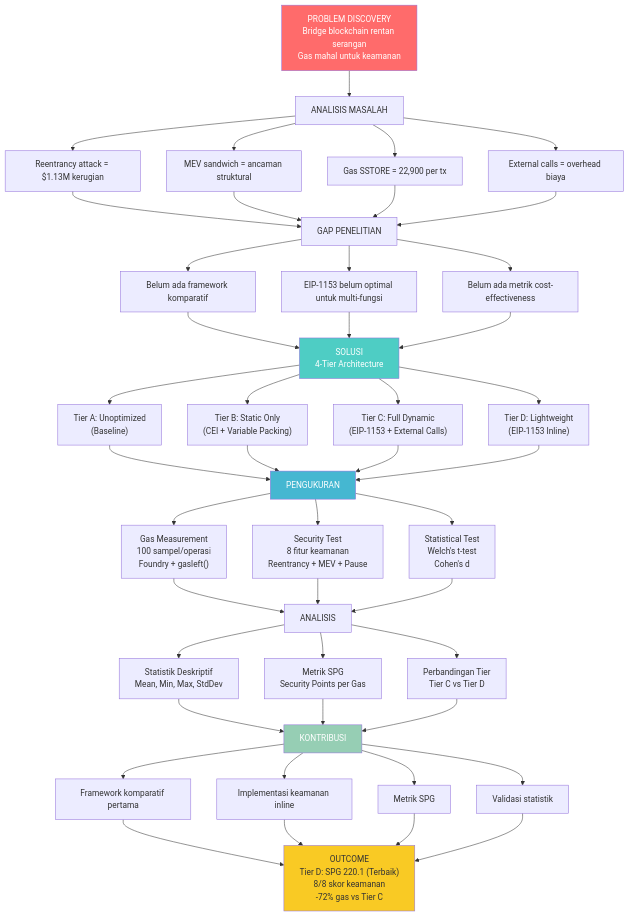
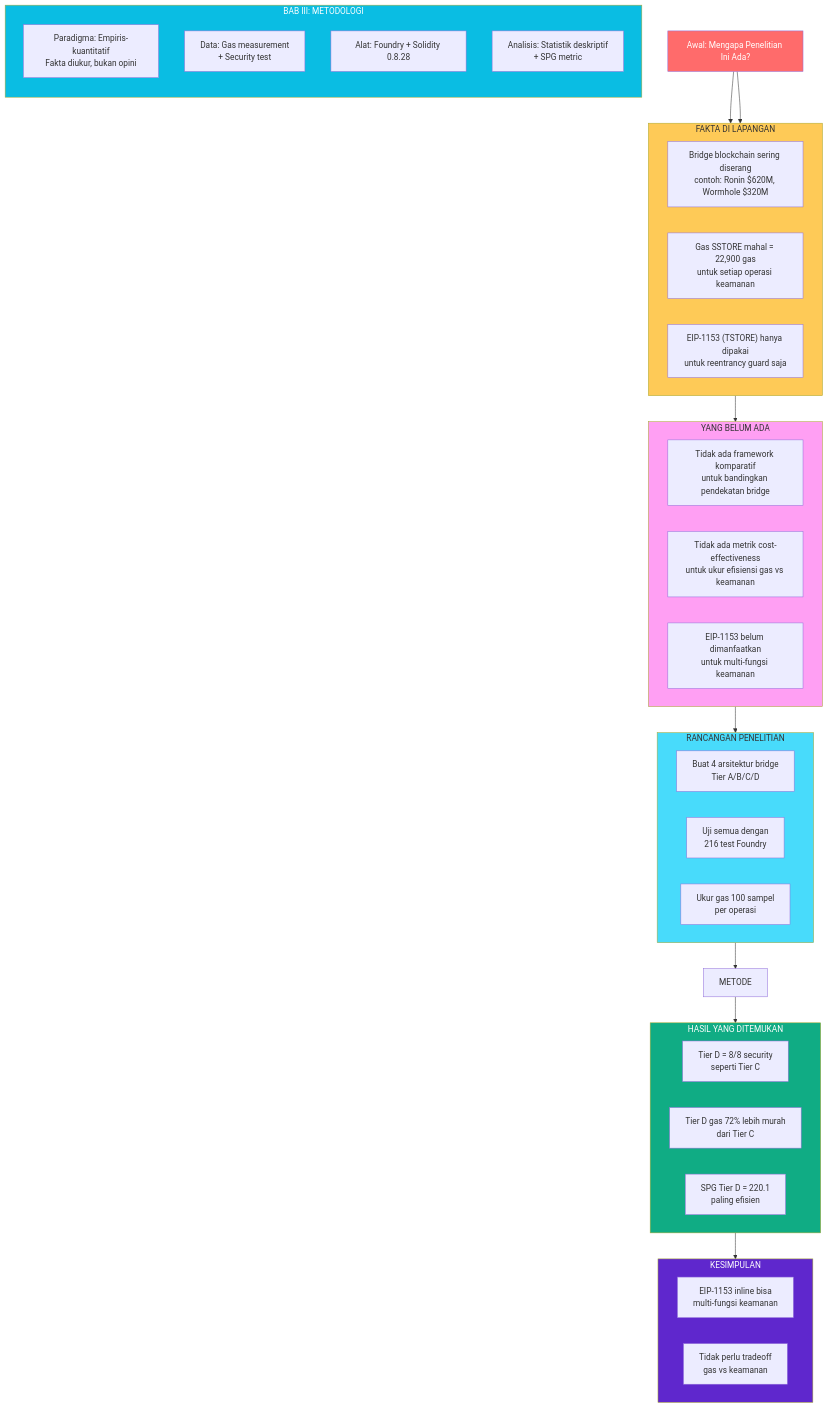
Before and after one commit to Zhee1112/SmartContract: the diagram in docs/sempro/MINDMAP_SEMPRO.md, drawn with Mermaid. The commit also changed other lines of this file and 2 other files, not shown here.

Commit message:
Rewrite mind maps: clearer structure with research flow explanation

````diff
--- a/docs/sempro/MINDMAP_SEMPRO.md
+++ b/docs/sempro/MINDMAP_SEMPRO.md
@@ -5,64 +5,60 @@
 ```mermaid
 graph TD
-    A["PROBLEM DISCOVERY<br/>Bridge blockchain rentan serangan<br/>Gas mahal untuk keamanan"] --> B["ANALISIS MASALAH"]
+    START["Awal: Mengapa Penelitian Ini Ada?"] --> MASALAH
     
-    B --> B1["Reentrancy attack = $1.13M kerugian"]
-    B --> B2["MEV sandwich = ancaman struktural"]
-    B --> B3["Gas SSTORE = 22,900 per tx"]
-    B --> B4["External calls = overhead biaya"]
+    subgraph MASALAH["FAKTA DI LAPANGAN"]
+        M1["Bridge blockchain sering diserang<br/>contoh: Ronin $620M, Wormhole $320M"]
+        M2["Gas SSTORE mahal = 22,900 gas<br/>untuk setiap operasi keamanan"]
+        M3["EIP-1153 (TSTORE) hanya dipakai<br/>untuk reentrancy guard saja"]
+    end
     
-    B1 --> C["GAP PENELITIAN"]
-    B2 --> C
-    B3 --> C
-    B4 --> C
+    MASALAH --> GAP
     
-    C --> C1["Belum ada framework komparatif"]
-    C --> C2["EIP-1153 belum optimal untuk multi-fungsi"]
-    C --> C3["Belum ada metrik cost-effectiveness"]
+    subgraph GAP["YANG BELUM ADA"]
+        G1["Tidak ada framework komparatif<br/>untuk bandingkan pendekatan bridge"]
+        G2["Tidak ada metrik cost-effectiveness<br/>untuk ukur efisiensi gas vs keamanan"]
+        G3["EIP-1153 belum dimanfaatkan<br/>untuk multi-fungsi keamanan"]
+    end
     
-    C1 --> D["SOLUSI<br/>4-Tier Architecture"]
-    C2 --> D
-    C3 --> D
+    GAP --> SOLUSI
     
-    D --> D1["Tier A: Unoptimized<br/>(Baseline)"]
-    D --> D2["Tier B: Static Only<br/>(CEI + Variable Packing)"]
-    D --> D3["Tier C: Full Dynamic<br/>(EIP-1153 + External Calls)"]
-    D --> D4["Tier D: Lightweight<br/>(EIP-1153 Inline)"]
+    subgraph SOLUSI["RANCANGAN PENELITIAN"]
+        S1["Buat 4 arsitektur bridge<br/>Tier A/B/C/D"]
+        S2["Uji semua dengan<br/>216 test Foundry"]
+        S3["Ukur gas 100 sampel<br/>per operasi"]
+    end
     
-    D1 --> E["PENGUKURAN"]
-    D2 --> E
-    D3 --> E
-    D4 --> E
+    SOLUSI --> METODE
     
-    E --> E1["Gas Measurement<br/>100 sampel/operasi<br/>Foundry + gasleft()"]
-    E --> E2["Security Test<br/>8 fitur keamanan<br/>Reentrancy + MEV + Pause"]
-    E --> E3["Statistical Test<br/>Welch's t-test<br/>Cohen's d"]
+    subgraph BAB3["BAB III: METODOLOGI"]
+        direction TB
+        MTD1["Paradigma: Empiris-kuantitatif<br/>Fakta diukur, bukan opini"]
+        MTD2["Data: Gas measurement<br/>+ Security test"]
+        MTD3["Alat: Foundry + Solidity 0.8.28"]
+        MTD4["Analisis: Statistik deskriptif<br/>+ SPG metric"]
+    end
     
-    E1 --> F["ANALISIS"]
-    E2 --> F
-    E3 --> F
+    METODE --> HASIL
+    HASIL --> KESIMPULAN
     
-    F --> F1["Statistik Deskriptif<br/>Mean, Min, Max, StdDev"]
-    F --> F2["Metrik SPG<br/>Security Points per Gas"]
-    F --> F3["Perbandingan Tier<br/>Tier C vs Tier D"]
+    subgraph HASIL["HASIL YANG DITEMUKAN"]
+        H1["Tier D = 8/8 security<br/>seperti Tier C"]
+        H2["Tier D gas 72% lebih murah<br/>dari Tier C"]
+        H3["SPG Tier D = 220.1<br/>paling efisien"]
+    end
     
-    F1 --> G["KONTRIBUSI"]
-    F2 --> G
-    F3 --> G
+    subgraph KESIMPULAN["KESIMPULAN"]
+        K1["EIP-1153 inline bisa<br/>multi-fungsi keamanan"]
+        K2["Tidak perlu tradeoff<br/>gas vs keamanan"]
+    end
     
-    G --> G1["Framework komparatif pertama"]
-    G --> G2["Implementasi keamanan inline"]
-    G --> G3["Metrik SPG"]
-    G --> G4["Validasi statistik"]
-    
-    G1 --> H["OUTCOME<br/>Tier D: SPG 220.1 (Terbaik)<br/>8/8 skor keamanan<br/>-72% gas vs Tier C"]
-    G2 --> H
-    G3 --> H
-    G4 --> H
+    START --> MASALAH
 
-    style A fill:#ff6b6b,color:#fff
-    style D fill:#4ecdc4,color:#fff
-    style E fill:#45b7d1,color:#fff
-    style G fill:#96ceb4,color:#fff
-    style H fill:#f9ca24,color:#333
+    style START fill:#ff6b6b,color:#fff
+    style MASALAH fill:#feca57,color:#333
+    style GAP fill:#ff9ff3,color:#333
+    style SOLUSI fill:#48dbfb,color:#333
+    style BAB3 fill:#0abde3,color:#fff
+    style HASIL fill:#10ac84,color:#fff
+    style KESIMPULAN fill:#5f27cd,color:#fff
 ```
````
